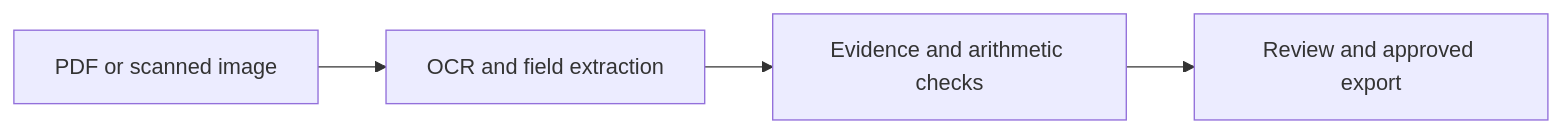
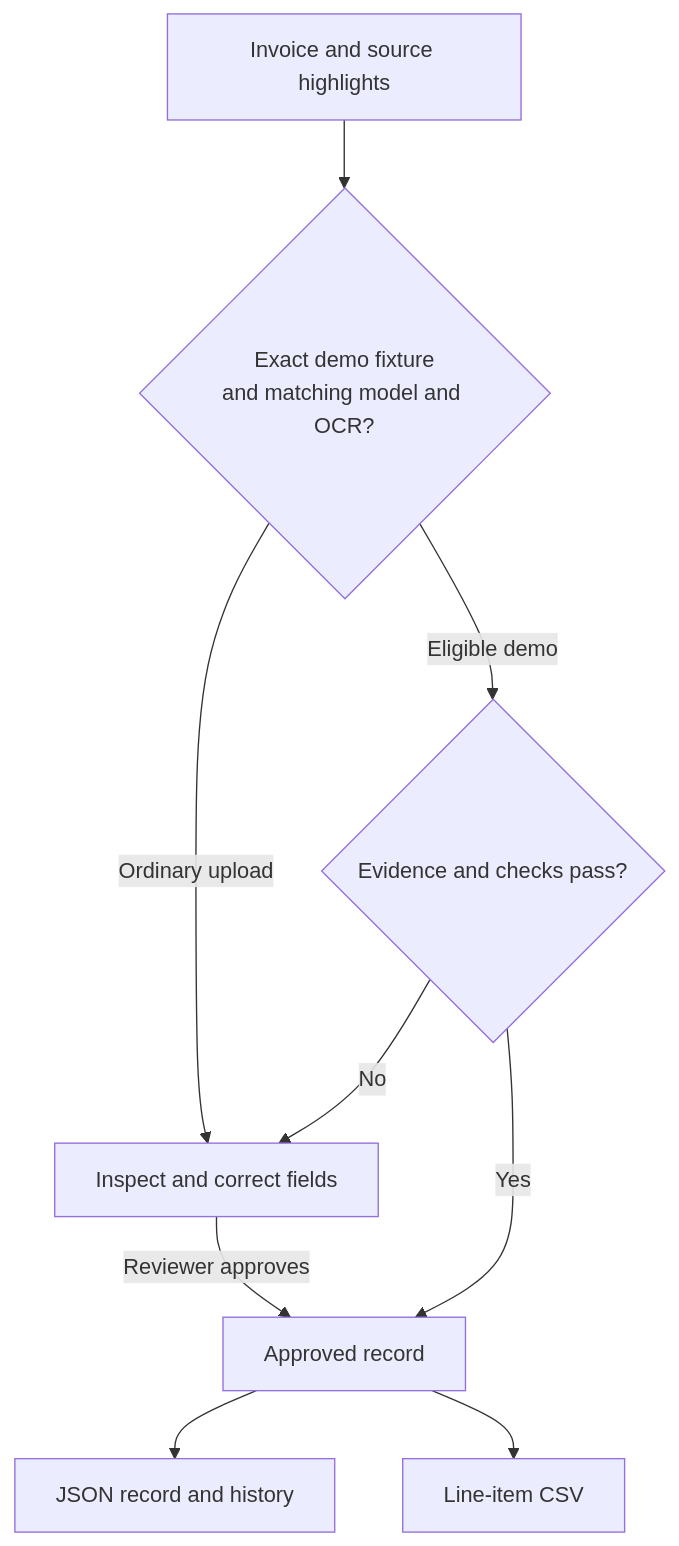
The diagram in README.md (Khushx11/structured-invoice-extraction), drawn with Mermaid before and after one commit. The commit also changed other lines of this file, not shown here.

Commit message:
Give the README a project-specific visual walkthrough

````diff
--- a/README.md
+++ b/README.md
@@ -12,8 +12,11 @@
 ```mermaid
-flowchart LR
-    A["PDF or scanned image"]
-    B["OCR and field extraction"]
-    C["Evidence and arithmetic checks"]
-    D["Review and approved export"]
-    A --> B --> C --> D
+flowchart TB
+    Scan["Invoice and source highlights"] --> Limits{"Exact demo fixture<br/>and matching model and OCR?"}
+    Limits -->|Ordinary upload| Review["Inspect and correct fields"]
+    Limits -->|Eligible demo| Checks{"Evidence and checks pass?"}
+    Checks -->|No| Review
+    Checks -->|Yes| Approved["Approved record"]
+    Review -->|Reviewer approves| Approved
+    Approved --> JSON["JSON record and history"]
+    Approved --> CSV["Line-item CSV"]
 ```
````
